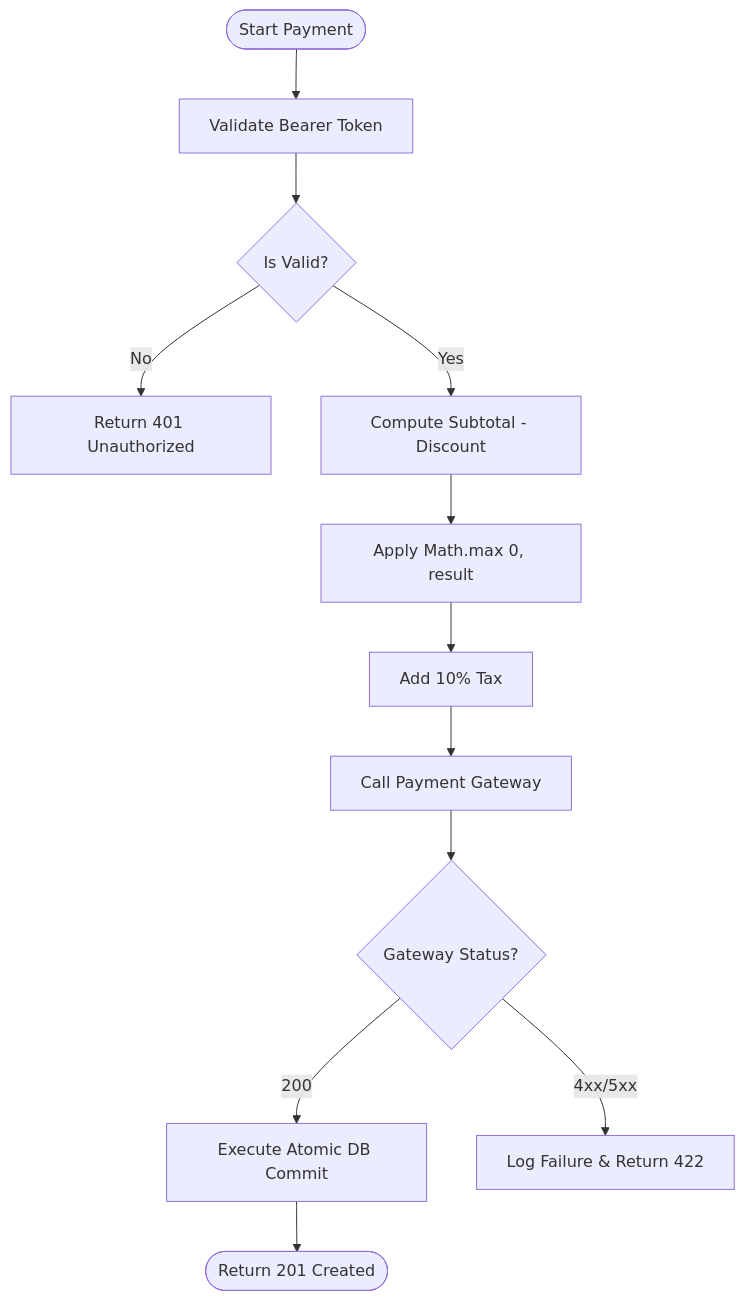
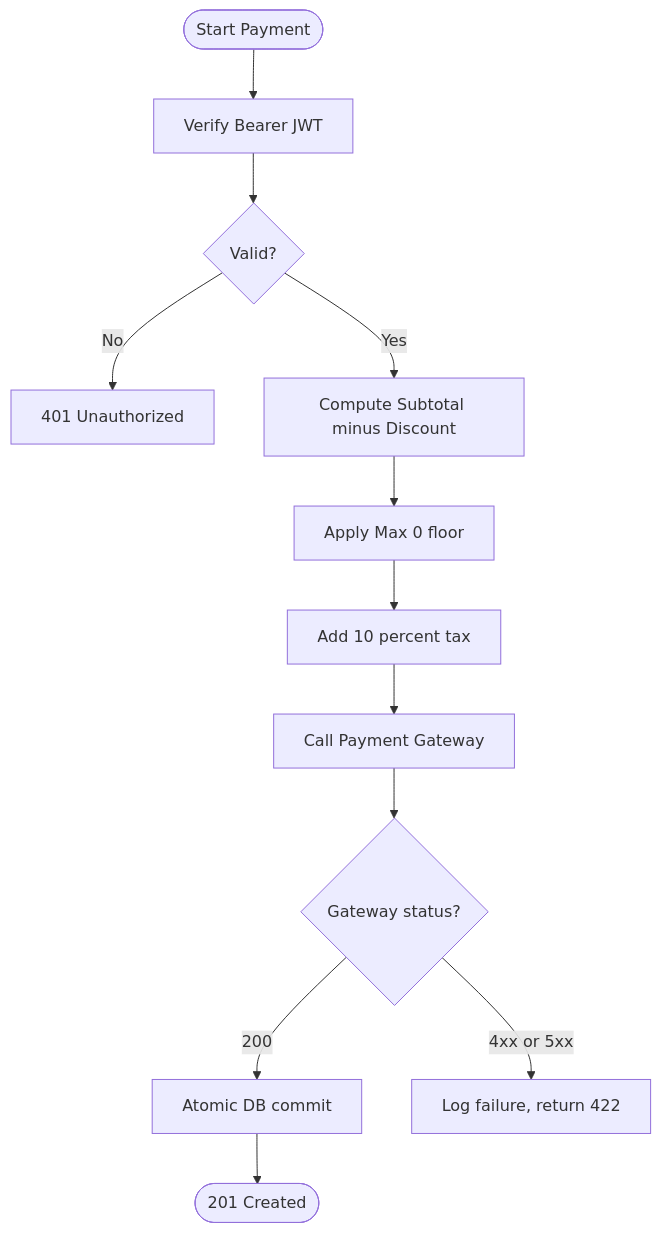
The seventh of 9 diagrams in docs/phases/combined_phase2.md (khairyKY/customer-ordering-system), drawn with Mermaid before and after one commit. The commit also changed other lines of this file and 3 other files, not shown here.

````diff
--- a/docs/phases/combined_phase2.md
+++ b/docs/phases/combined_phase2.md
@@ -397,14 +357,14 @@
 ```mermaid
-graph TD
-    Start([Start Payment]) --> Auth[Validate Bearer Token]
-    Auth --> ValidAuth{Is Valid?}
-    ValidAuth -- No --> Err401[Return 401 Unauthorized]
-    ValidAuth -- Yes --> Calc[Compute Subtotal - Discount]
-    Calc --> Clamp[Apply Math.max 0, result]
-    Clamp --> Tax[Add 10% Tax]
+flowchart TD
+    Start([Start Payment]) --> Auth[Verify Bearer JWT]
+    Auth --> Valid{Valid?}
+    Valid -- No --> E401[401 Unauthorized]
+    Valid -- Yes --> Calc[Compute Subtotal minus Discount]
+    Calc --> Clamp[Apply Max 0 floor]
+    Clamp --> Tax[Add 10 percent tax]
     Tax --> Gate[Call Payment Gateway]
-    Gate --> GateResp{Gateway Status?}
-    GateResp -- 200 --> DB[Execute Atomic DB Commit]
-    GateResp -- 4xx/5xx --> FailLog[Log Failure & Return 422]
-    DB --> Success([Return 201 Created])
+    Gate --> Resp{Gateway status?}
+    Resp -- 200 --> Commit[Atomic DB commit]
+    Resp -- 4xx or 5xx --> Fail[Log failure, return 422]
+    Commit --> Done([201 Created])
 ```
````
